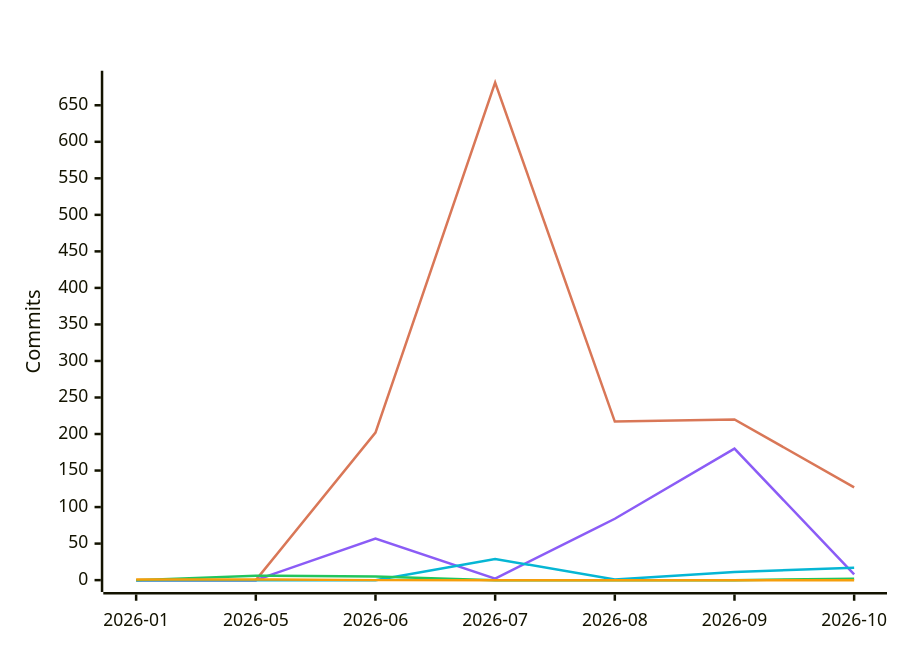
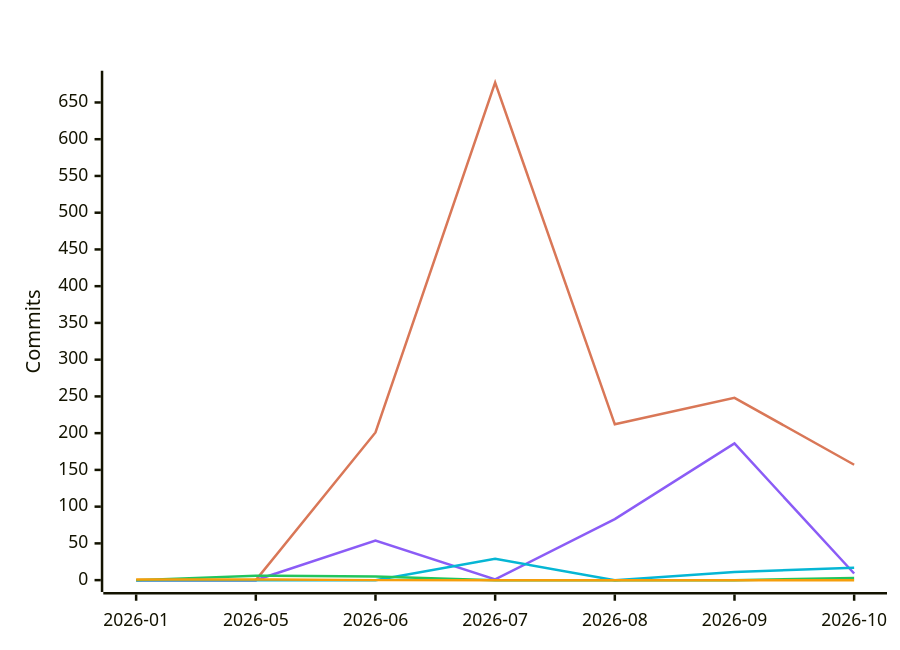
The fifth of 7 diagrams in README.md (polo-nyan/polo-nyan), drawn with Mermaid before and after one commit. The commit also changed other lines of this file and 1 other file, not shown here.

````diff
--- a/README.md
+++ b/README.md
@@ -313,12 +313,12 @@
 ```mermaid
 %%{init: {"xyChart": {"titleColor": "#ffffff", "xAxisLabelColor": "#ffffff", "yAxisLabelColor": "#ffffff"}, "themeVariables": {"xyChart": {"titleColor": "#ffffff", "plotColorPalette": "#d97757, #8b5cf6, #06b6d4, #22c55e, #f59e0b, #ec4899"}}}}%%
 xychart-beta
     title "Commits Per Month by Model Family"
     x-axis ["2026-01", "2026-05", "2026-06", "2026-07", "2026-08", "2026-09", "2026-10"]
     y-axis "Commits"
-    line [0, 0, 202, 681, 217, 220, 127]
-    line [0, 0, 57, 2, 84, 180, 8]
-    line [0, 0, 0, 29, 1, 11, 17]
-    line [0, 6, 5, 0, 0, 0, 2]
+    line [0, 0, 201, 677, 212, 248, 157]
+    line [0, 0, 54, 1, 83, 186, 9]
+    line [0, 0, 0, 29, 0, 11, 17]
+    line [0, 6, 5, 0, 0, 0, 3]
     line [1, 1, 0, 0, 0, 0, 0]
 ```
````
